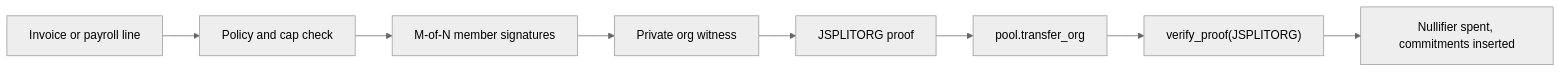
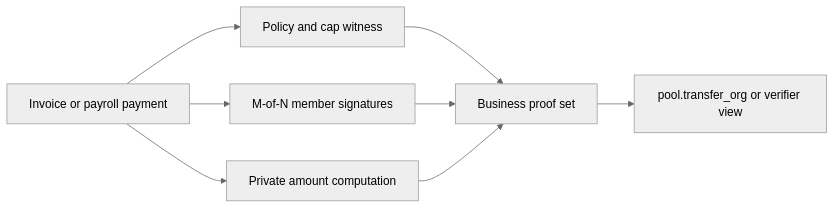
The ninth of 17 diagrams in README.md (akash-mondal/benzo), drawn with Mermaid (neutral theme) before and after one commit. The commit also changed other lines of this file, not shown here.

````diff
--- a/README.md
+++ b/README.md
@@ -436,10 +254,10 @@
 ```mermaid
 flowchart LR
-  Invoice["Invoice or payroll line"] --> Policy["Policy and cap check"]
-  Policy --> Signers["M-of-N member signatures"]
-  Signers --> Witness["Private org witness"]
-  Witness --> Proof["JSPLITORG proof"]
-  Proof --> Pool["pool.transfer_org"]
-  Pool --> Verifier["verify_proof(JSPLITORG)"]
-  Verifier --> Settlement["Nullifier spent, commitments inserted"]
+  Payment["Invoice or payroll payment"] --> Policy["Policy and cap witness"]
+  Payment --> Approval["M-of-N member signatures"]
+  Payment --> Computation["Private amount computation"]
+  Policy --> Proof["Business proof set"]
+  Approval --> Proof
+  Computation --> Proof
+  Proof --> Settlement["pool.transfer_org or verifier view"]
 ```
````
